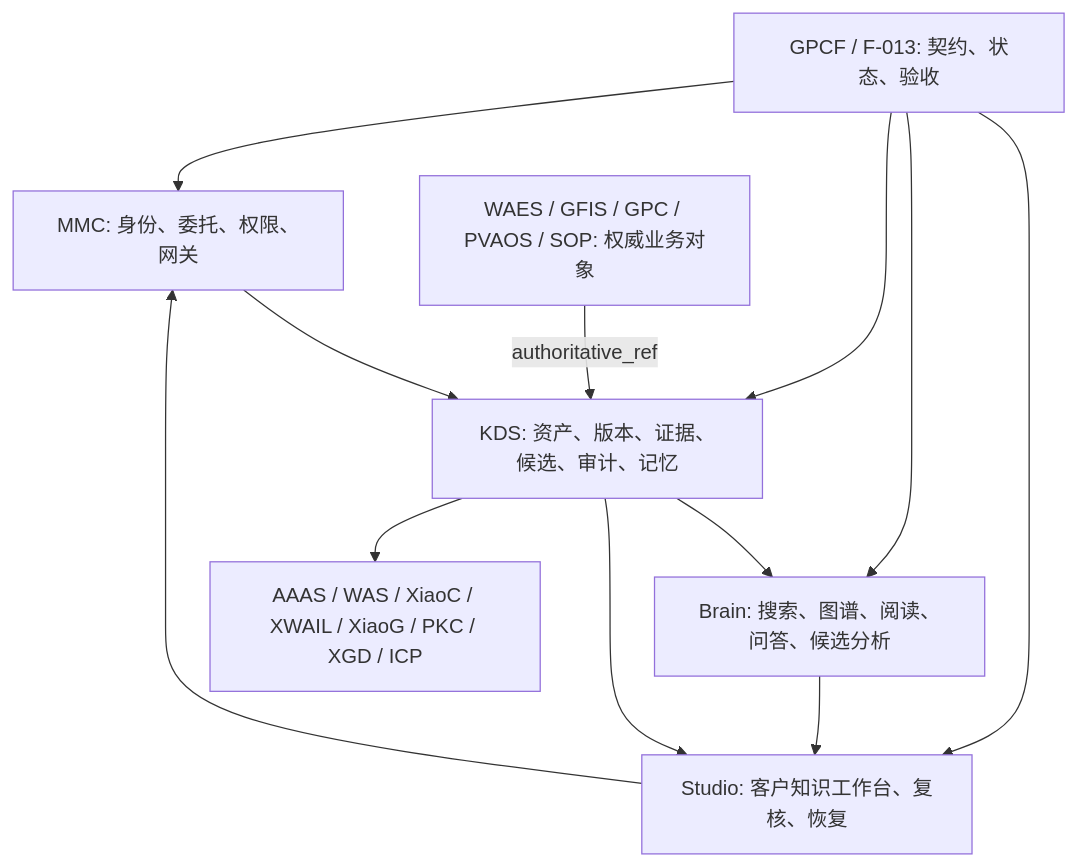
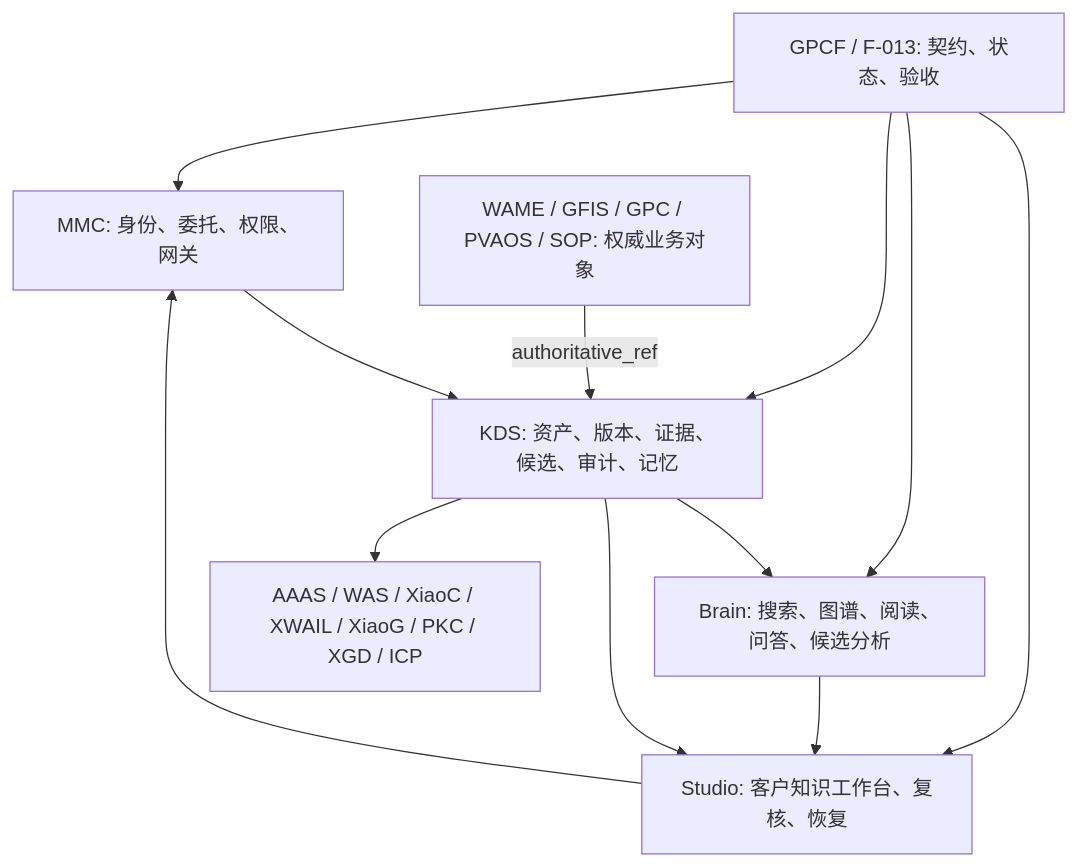
Before and after one commit to Jiumilu/GCGPCF: the diagram in 03-data-ai-knowledge/GlobalCloud知识工程应用体系实施方案.md, drawn with Mermaid. The commit also changed other lines of this file and 968 other files, not shown here.

First line of the commit message:
docs(naming): WAES→WAME 命名与文档层全局同步（Markdown）

````diff
--- a/03-data-ai-knowledge/GlobalCloud知识工程应用体系实施方案.md
+++ b/03-data-ai-knowledge/GlobalCloud知识工程应用体系实施方案.md
@@ -71,22 +71,22 @@
 ```mermaid
 flowchart TB
   GPCF["GPCF / F-013: 契约、状态、验收"]
   MMC["MMC: 身份、委托、权限、网关"]
-  Business["WAES / GFIS / GPC / PVAOS / SOP: 权威业务对象"]
+  Business["WAME / GFIS / GPC / PVAOS / SOP: 权威业务对象"]
   KDS["KDS: 资产、版本、证据、候选、审计、记忆"]
   Brain["Brain: 搜索、图谱、阅读、问答、候选分析"]
   Studio["Studio: 客户知识工作台、复核、恢复"]
   Consumers["AAAS / WAS / XiaoC / XWAIL / XiaoG / PKC / XGD / ICP"]
 
   GPCF --> MMC
   GPCF --> KDS
   GPCF --> Brain
   GPCF --> Studio
   Business -->|authoritative_ref| KDS
   Studio --> MMC
   MMC --> KDS
   KDS --> Brain
   Brain --> Studio
   KDS --> Studio
   KDS --> Consumers
 ```
````
